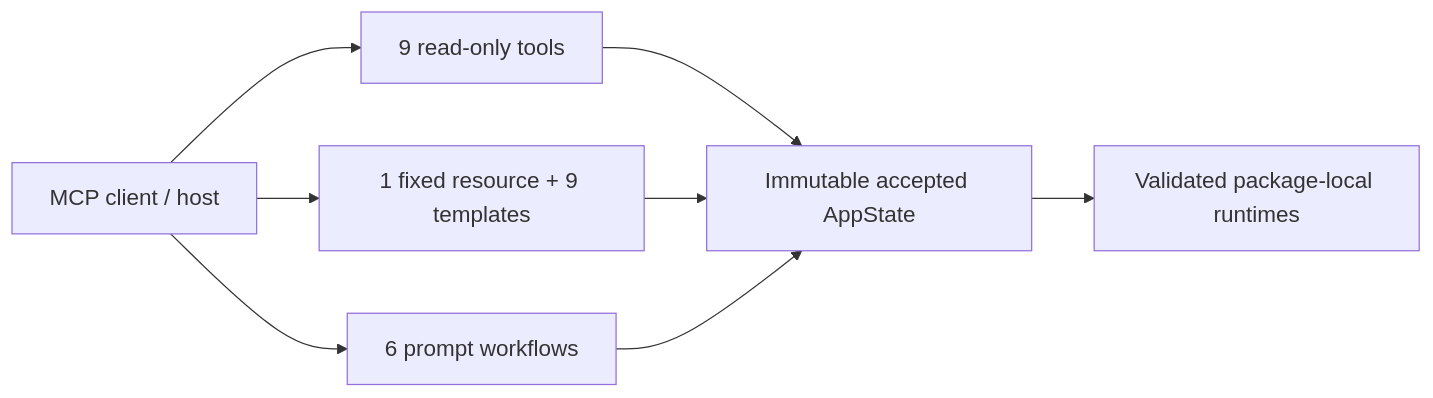
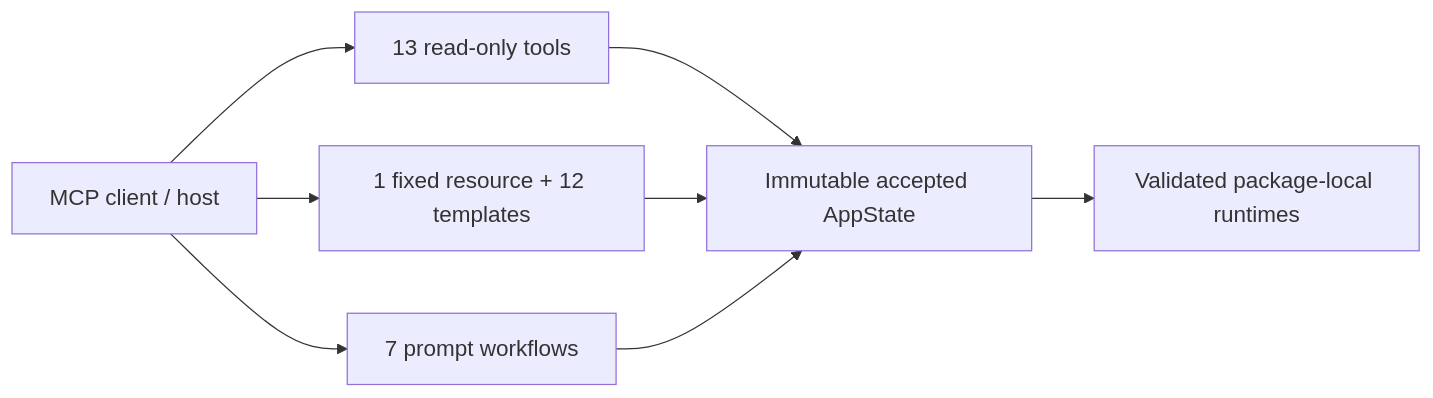
Before and after one commit to IDinsight/KGForEdGlobalMCP: the diagram in docs/reference/index.md, drawn with Mermaid. The commit also changed other lines of this file and 235 other files, not shown here.

````diff
--- a/docs/reference/index.md
+++ b/docs/reference/index.md
@@ -22,11 +22,11 @@
 ```mermaid
 %%{init: {"themeVariables": {"fontSize": "18px"}}}%%
 flowchart LR
-    CLIENT[MCP client / host] --> TOOLS[9 read-only tools]
-    CLIENT --> RES[1 fixed resource + 9 templates]
-    CLIENT --> PROMPTS[6 prompt workflows]
+    CLIENT[MCP client / host] --> TOOLS[13 read-only tools]
+    CLIENT --> RES[1 fixed resource + 12 templates]
+    CLIENT --> PROMPTS[7 prompt workflows]
     TOOLS --> STATE[Immutable accepted AppState]
     RES --> STATE
     PROMPTS --> STATE
     STATE --> PKG[Validated package-local runtimes]
 ```
````
